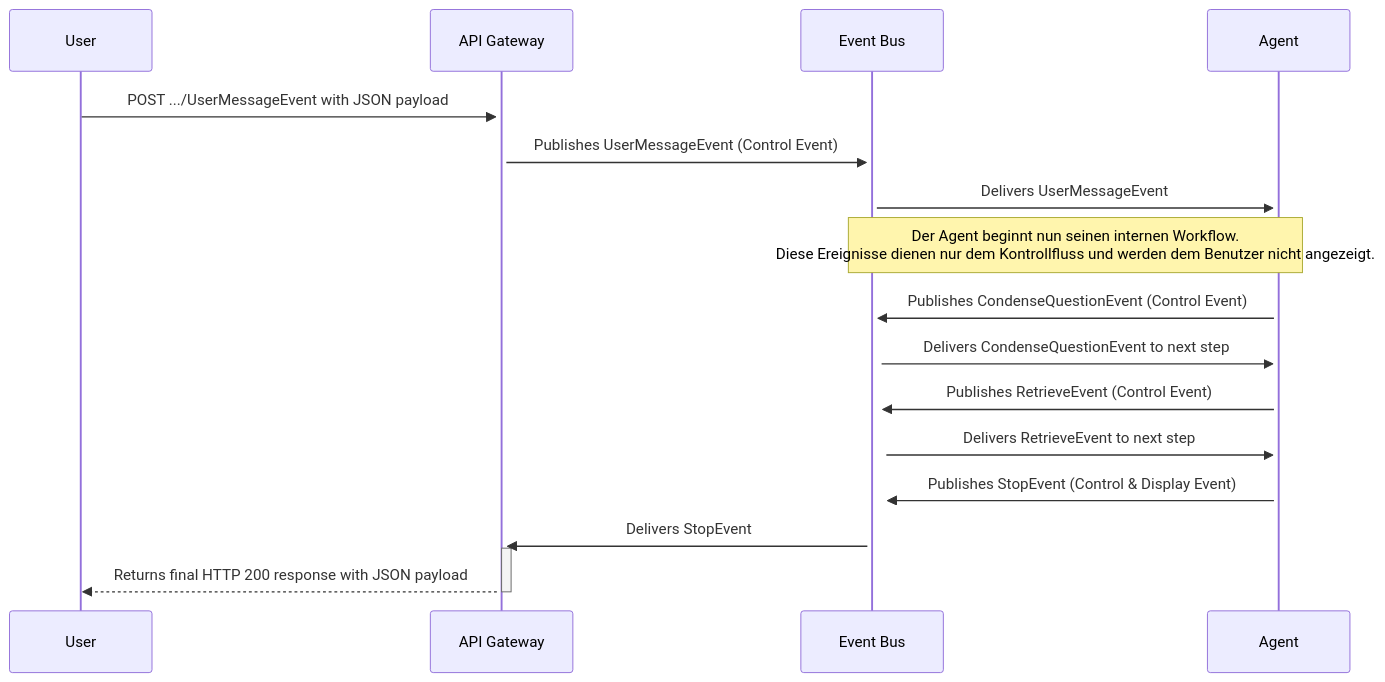
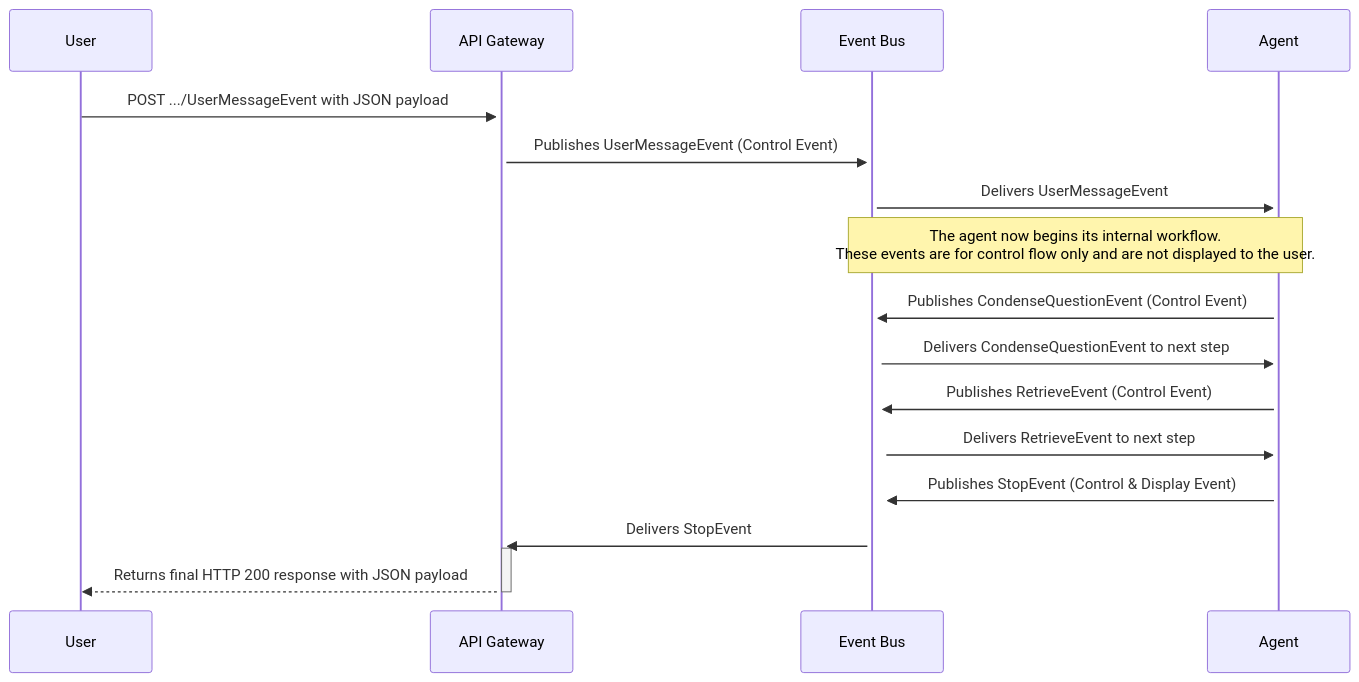
The fourth of 6 diagrams in docs/docs/2_platform/2_architecture/3_swiss_ai_agent_protocol/index.de.md (bbvch-ai/aihub-core), drawn with Mermaid before and after one commit. The commit also changed other lines of this file and 136 other files, not shown here.

````diff
--- a/docs/docs/2_platform/2_architecture/3_swiss_ai_agent_protocol/index.de.md
+++ b/docs/docs/2_platform/2_architecture/3_swiss_ai_agent_protocol/index.de.md
@@ -532,23 +438,23 @@
 ```mermaid
 sequenceDiagram
     participant User
     participant API Gateway
     participant Event Bus
     participant Agent
 
     User->>+API Gateway: POST .../UserMessageEvent with JSON payload
     API Gateway->>+Event Bus: Publishes UserMessageEvent (Control Event)
     Event Bus->>+Agent: Delivers UserMessageEvent
     
-    Note over Agent, Event Bus: Der Agent beginnt nun seinen internen Workflow. <br/> Diese Ereignisse dienen nur dem Kontrollfluss und werden dem Benutzer nicht angezeigt.
+    Note over Agent, Event Bus: The agent now begins its internal workflow. <br/> These events are for control flow only and are not displayed to the user.
 
     Agent->>+Event Bus: Publishes CondenseQuestionEvent (Control Event)
     Event Bus->>+Agent: Delivers CondenseQuestionEvent to next step
 
     Agent->>+Event Bus: Publishes RetrieveEvent (Control Event)
     Event Bus->>+Agent: Delivers RetrieveEvent to next step
 
     Agent->>+Event Bus: Publishes StopEvent (Control & Display Event)
     Event Bus->>+API Gateway: Delivers StopEvent
     API Gateway-->>-User: Returns final HTTP 200 response with JSON payload
 ```
````
